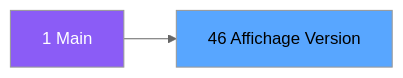
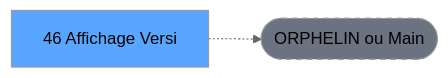
One commit to thonyAGP/lecteur-magic changed the second of 3 diagrams in .openspec/renders/ADH-IDE-46.md. Above: the diagram before and after it, drawn with Mermaid (neutral theme). The commit also changed other lines of this file and 701 other files, not shown here.

````diff
--- a/.openspec/renders/ADH-IDE-46.md
+++ b/.openspec/renders/ADH-IDE-46.md
@@ -107,8 +117,8 @@
 ```mermaid
 graph LR
-    M[1 Main]
-    T[46 Affichage Version]
-    M --> T
-    style M fill:#8b5cf6,color:#fff
+    T[46 Affichage Versi]
+    ORPHAN([ORPHELIN ou Main])
+    T -.-> ORPHAN
     style T fill:#58a6ff,color:#000
+    style ORPHAN fill:#6b7280,stroke-dasharray: 5 5
 ```
````
